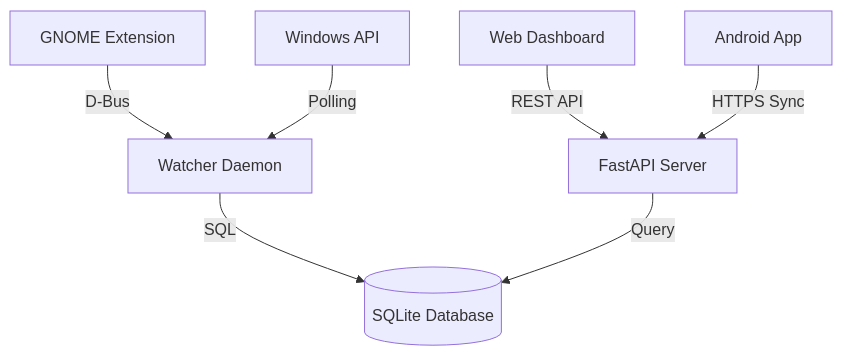
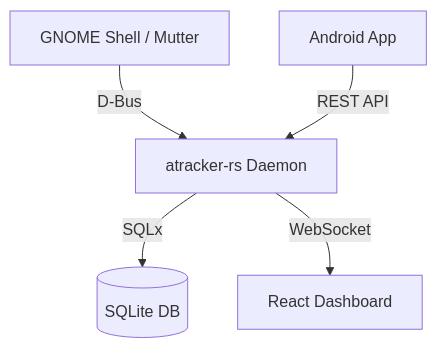
The diagram in docs/architecture.md (nichsedge/atracker), drawn with Mermaid before and after one commit. The commit also changed other lines of this file and 23 other files, not shown here.

Commit message:
feat: extend database schema with Android events, device merging, and persistent local device IDs.

````diff
--- a/docs/architecture.md
+++ b/docs/architecture.md
@@ -7,9 +9,7 @@
 ```mermaid
 graph TD
-    A[Watcher Daemon] -->|SQL| B[(SQLite Database)]
-    C[FastAPI Server] -->|Query| B
-    D[Web Dashboard] -->|REST API| C
-    E[GNOME Extension] -->|D-Bus| A
-    F[Windows API] -->|Polling| A
-    G[Android App] -->|HTTPS Sync| C
+    GNOME[GNOME Shell / Mutter] -- D-Bus --> RS[atracker-rs Daemon]
+    RS -- SQLx --> DB[(SQLite DB)]
+    RS -- WebSocket --> UI[React Dashboard]
+    Android[Android App] -- REST API --> RS
 ```
````
